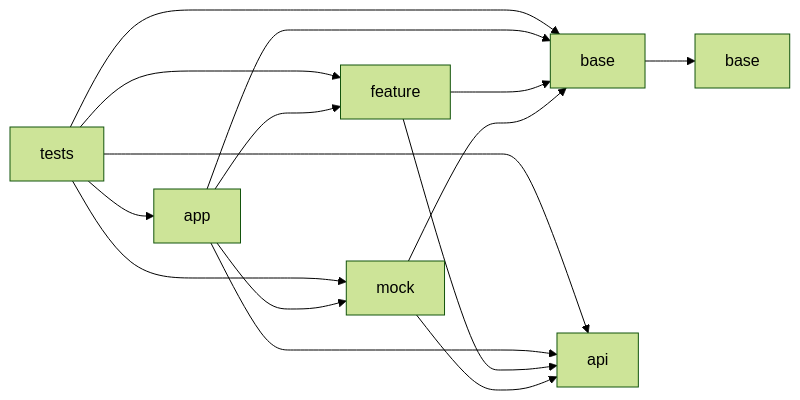
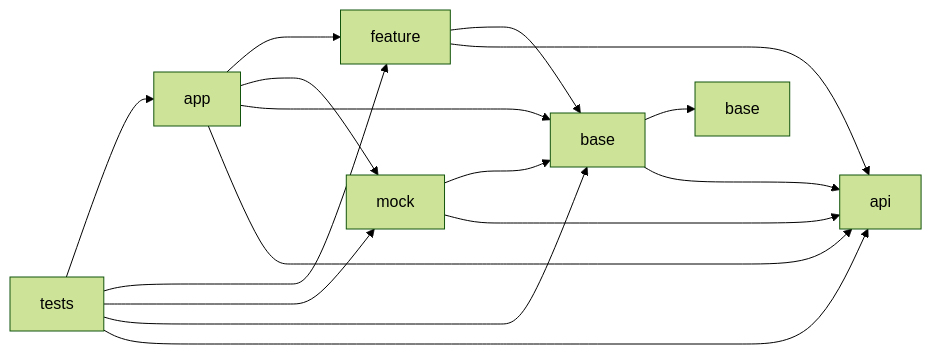
One commit to swiftyfinch/hive changed the diagram in README.md. Above: the diagram before and after it, drawn with Mermaid (forest theme). The commit also changed other lines of this file, not shown here.

````diff
--- a/README.md
+++ b/README.md
@@ -40,17 +40,18 @@
 ```mermaid
 flowchart LR
     tests --> app
     tests ---> feature
+    tests ---> mock
     tests ---> base
-    tests ---> mock
     tests ---> api
+    app ---> feature
+    app ---> mock
+    app ---> base
     app ---> api
-    app ---> feature
-    app ---> base
-    app ---> mock
     feature ---> base
     feature ---> api
     mock ---> base
     mock ---> api
     base --> base2[base]
+    base ---> api
 ```
````
